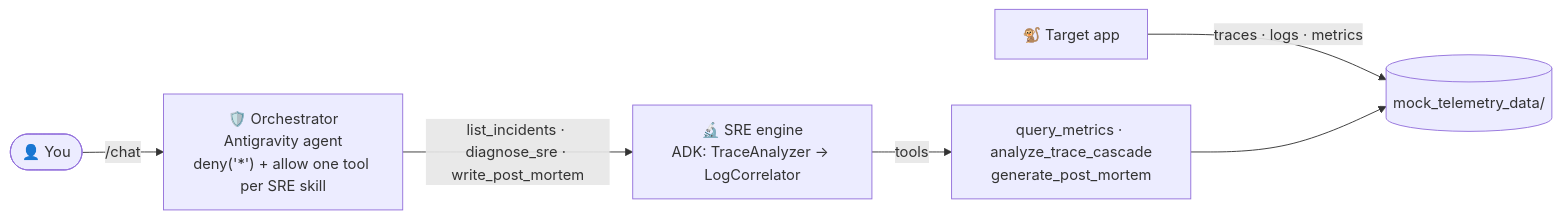
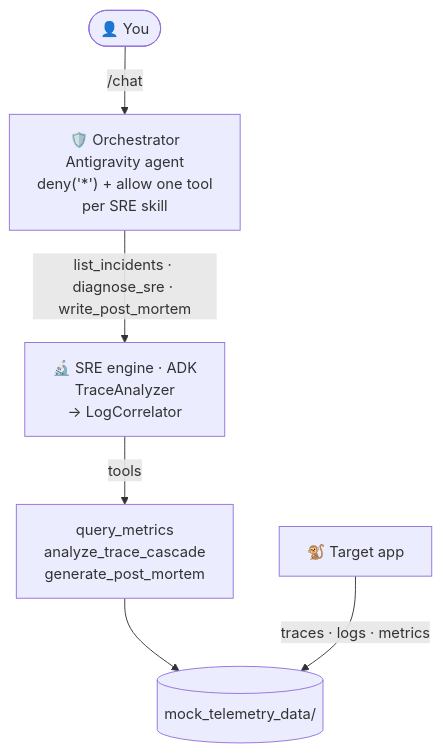
The diagram in workshop/README.md (xSAVIKx/sre-agent), drawn with Mermaid before and after one commit. The commit also changed 3 other files, not shown here.

First line of the commit message:
docs: vertical diagrams that fit the website's text column

````diff
--- a/workshop/README.md
+++ b/workshop/README.md
@@ -197,8 +197,8 @@
 ```mermaid
-flowchart LR
-    User(["👤 You"]) -->|/chat| ORCH["🛡️ Orchestrator<br/>Antigravity agent<br/>deny('*') + allow one tool per SRE skill"]
-    ORCH -->|"list_incidents · diagnose_sre · write_post_mortem"| SRE["🔬 SRE engine<br/>ADK: TraceAnalyzer → LogCorrelator"]
-    SRE -->|tools| T["query_metrics · analyze_trace_cascade<br/>generate_post_mortem"]
-    APP["🐒 Target app"] -->|traces · logs · metrics| DATA[("mock_telemetry_data/")]
-    T --> DATA
+flowchart TB
+    User(["👤 You"]) -->|/chat| ORCH["🛡️ Orchestrator<br/>Antigravity agent<br/>deny('*') + allow one tool<br/>per SRE skill"]
+    ORCH -->|"list_incidents · diagnose_sre · write_post_mortem"| SRE["🔬 SRE engine · ADK<br/>TraceAnalyzer<br/>→ LogCorrelator"]
+    SRE -->|tools| T["query_metrics<br/>analyze_trace_cascade<br/>generate_post_mortem"]
+    T --> DATA[("mock_telemetry_data/")]
+    APP["🐒 Target app"] -->|"traces · logs · metrics"| DATA
 ```
````
